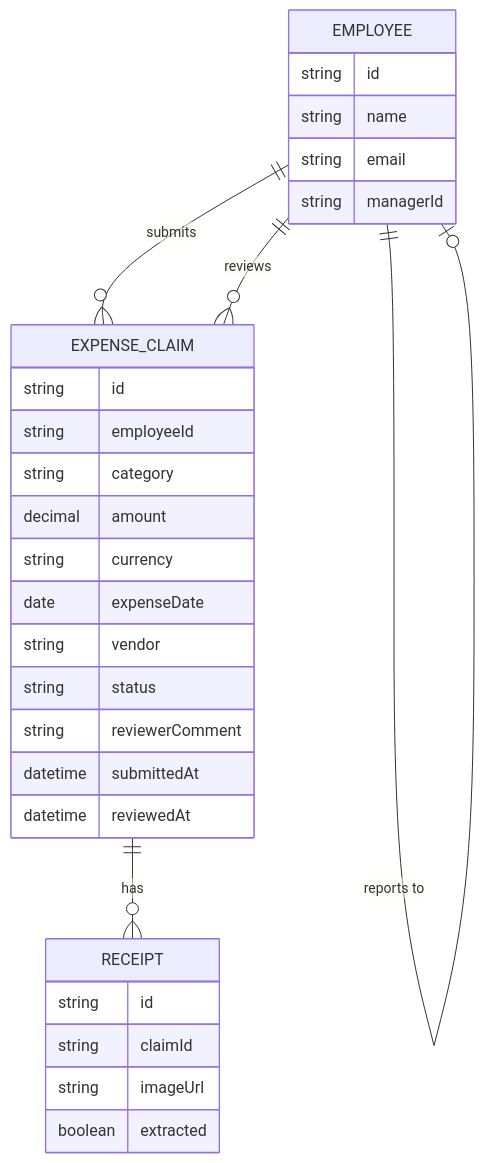
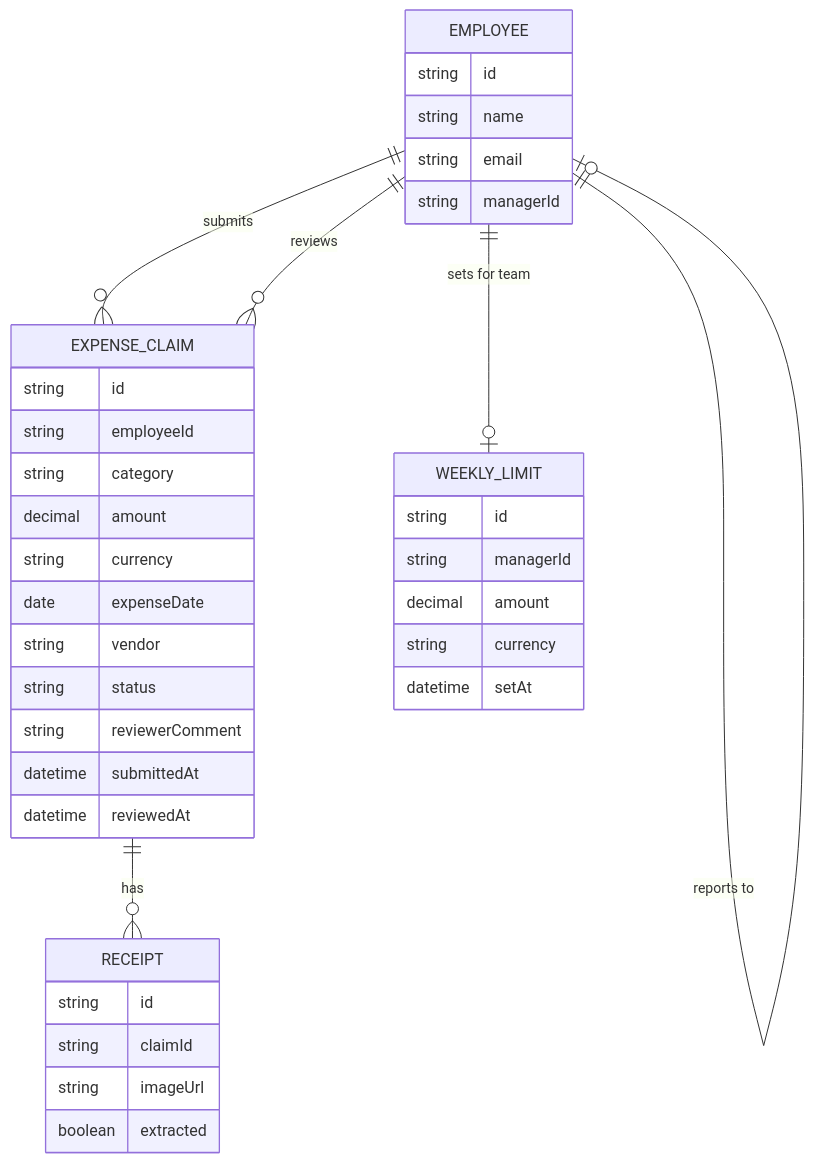
Before and after one commit to ae-demo/expense-claim-application: the diagram in specs/design/domain-model.md, drawn with Mermaid. The commit also changed other lines of this file and 13 other files, not shown here.

````diff
--- a/specs/design/domain-model.md
+++ b/specs/design/domain-model.md
@@ -7,33 +9,41 @@
 ```mermaid
 erDiagram
     EMPLOYEE ||--o{ EXPENSE_CLAIM : submits
     EMPLOYEE ||--o| EMPLOYEE : "reports to"
     EXPENSE_CLAIM ||--o{ RECEIPT : has
     EMPLOYEE ||--o{ EXPENSE_CLAIM : reviews
+    EMPLOYEE ||--o| WEEKLY_LIMIT : "sets for team"
 
     EMPLOYEE {
         string id
         string name
         string email
         string managerId
+    }
+    WEEKLY_LIMIT {
+        string id
+        string managerId
+        decimal amount
+        string currency
+        datetime setAt
     }
     EXPENSE_CLAIM {
         string id
         string employeeId
         string category
         decimal amount
         string currency
         date expenseDate
         string vendor
         string status
         string reviewerComment
         datetime submittedAt
         datetime reviewedAt
     }
     RECEIPT {
         string id
         string claimId
         string imageUrl
         boolean extracted
     }
 ```
````
